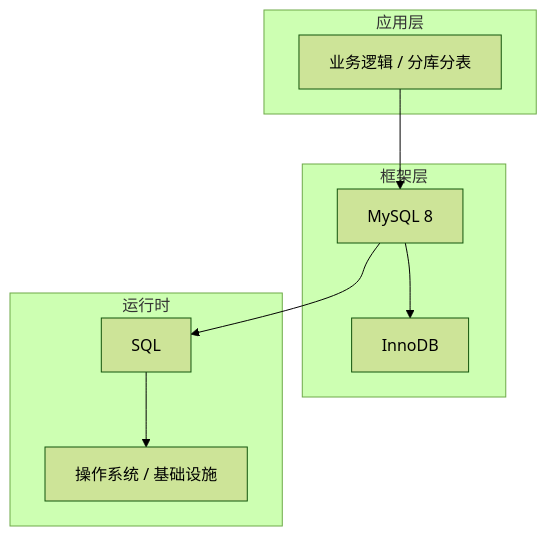
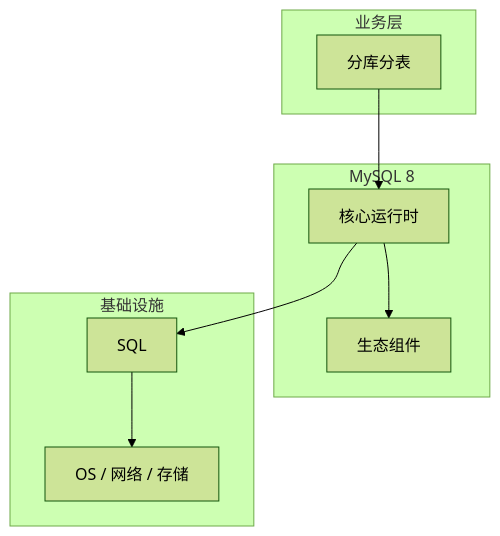
Before and after one commit to yanggan2015/knowledge-json-v2: the diagram in articles/MySQL/chapters/131-分库分表核心概念与原理.md, drawn with Mermaid (forest theme). The commit also changed other lines of this file and 10127 other files, not shown here.

````diff
--- a/articles/MySQL/chapters/131-分库分表核心概念与原理.md
+++ b/articles/MySQL/chapters/131-分库分表核心概念与原理.md
@@ -45,18 +34,18 @@
 ```mermaid
 graph TB
-    subgraph 应用层
-        A[业务逻辑 / 分库分表]
+    subgraph 业务层
+        A[分库分表]
     end
-    subgraph 框架层
-        B[MySQL 8]
-        C[InnoDB]
+    subgraph MySQL 8
+        B[核心运行时]
+        C[生态组件]
     end
-    subgraph 运行时
+    subgraph 基础设施
         D[SQL]
-        E[操作系统 / 基础设施]
+        E[OS / 网络 / 存储]
     end
     A --> B
     B --> C
     B --> D
     D --> E
 ```
````
